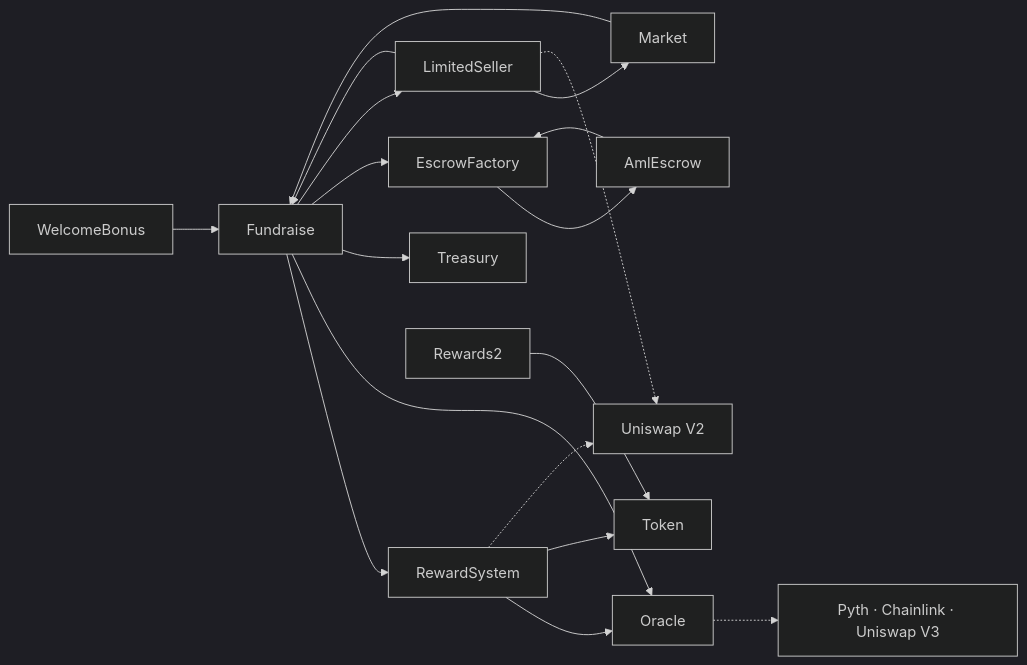
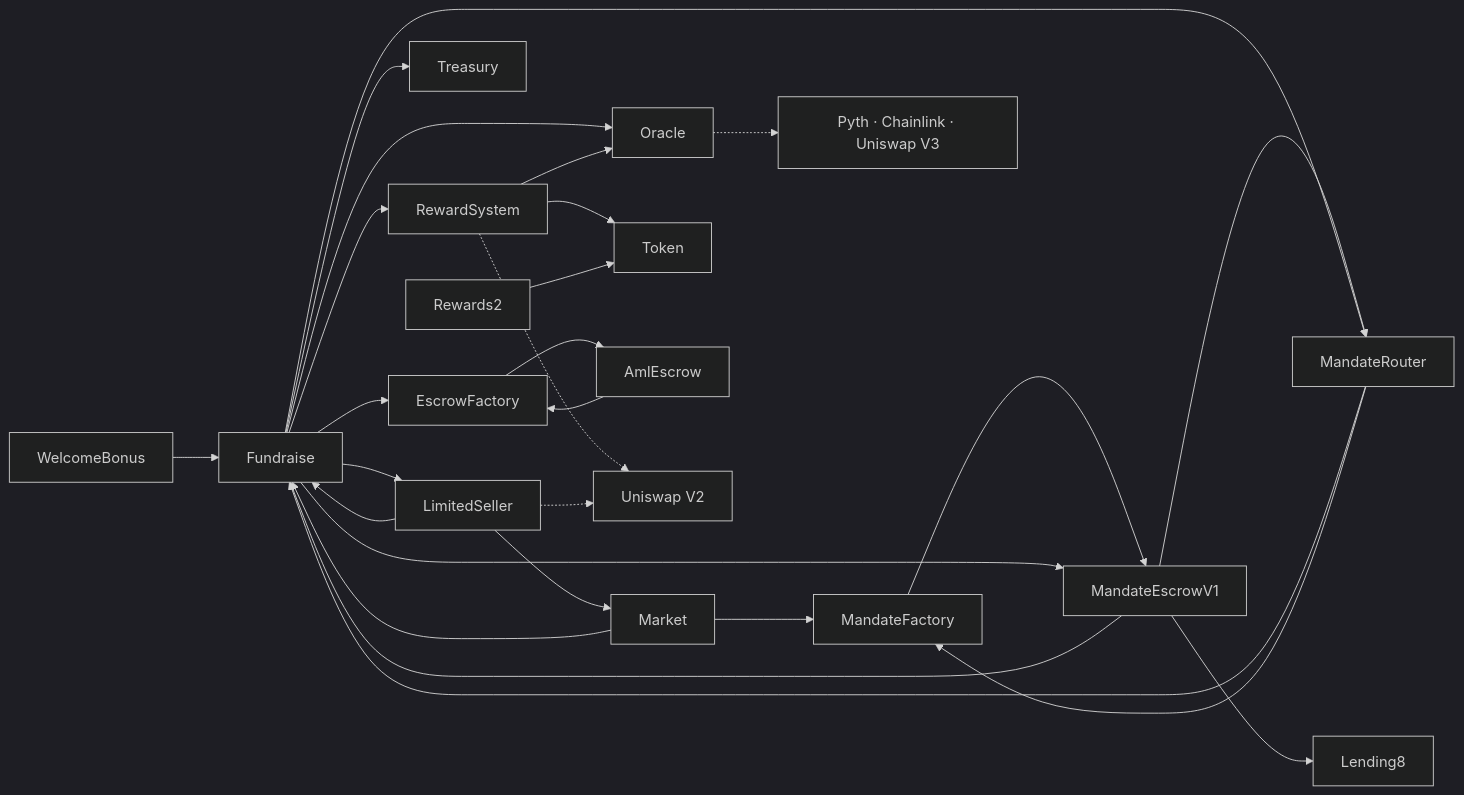
The first of 2 diagrams in contracts/README.md (8lends-org/8lends-smart-contracts), drawn with Mermaid (dark theme) before and after one commit. The commit also changed other lines of this file and 4 other files, not shown here.

````diff
--- a/contracts/README.md
+++ b/contracts/README.md
@@ -25,20 +29,29 @@
 ```mermaid
 flowchart LR
     Fundraise --> RewardSystem
     Fundraise --> Oracle
     Fundraise --> Treasury
     Fundraise --> EscrowFactory
     Fundraise --> LimitedSeller
     LimitedSeller --> Fundraise
     Market --> Fundraise
+    MandateEscrowV1 --> Fundraise
+    MandateEscrowV1 --> MandateRouter
+    MandateEscrowV1 --> Lending8
+    MandateFactory --> MandateEscrowV1
+    MandateRouter --> Fundraise
+    MandateRouter --> MandateFactory
+    Fundraise --> MandateRouter
+    Fundraise --> MandateEscrowV1
+    Market --> MandateFactory
     RewardSystem --> Oracle
     RewardSystem --> Token
     Rewards2 --> Token
     LimitedSeller --> Market
     WelcomeBonus --> Fundraise
     EscrowFactory --> AmlEscrow
     AmlEscrow --> EscrowFactory
     Oracle -.-> ext["Pyth · Chainlink · Uniswap V3"]
     RewardSystem -.-> dex["Uniswap V2"]
     LimitedSeller -.-> dex
 ```
````
